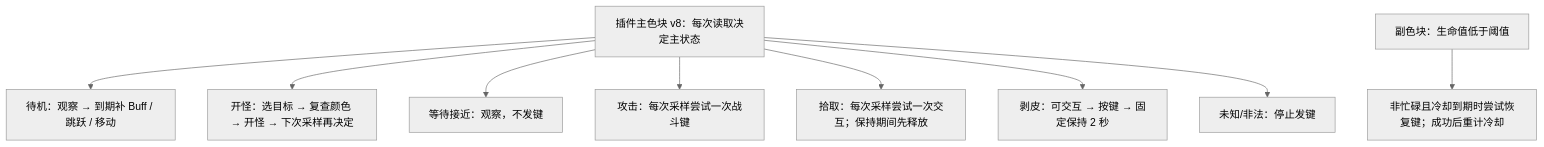
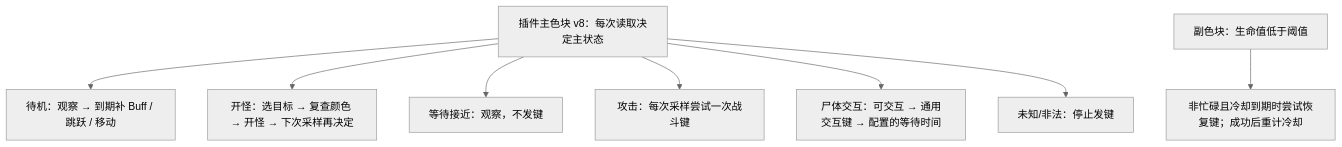
One commit to tfewfew/wow_tools changed the diagram in tools/wowAuto/README.md. Above: the diagram before and after it, drawn with Mermaid (neutral theme). The commit also changed other lines of this file and 15 other files, not shown here.

````diff
--- a/tools/wowAuto/README.md
+++ b/tools/wowAuto/README.md
@@ -295,12 +295,11 @@
 ```mermaid
 flowchart TD
     P["插件主色块 v8：每次读取决定主状态"]
     P --> I["待机：观察 → 到期补 Buff / 跳跃 / 移动"]
     P --> O["开怪：选目标 → 复查颜色 → 开怪 → 下次采样再决定"]
     P --> W["等待接近：观察，不发键"]
     P --> C["攻击：每次采样尝试一次战斗键"]
-    P --> L["拾取：每次采样尝试一次交互；保持期间先释放"]
-    P --> S["剥皮：可交互 → 按键 → 固定保持 2 秒"]
+    P --> L["尸体交互：可交互 → 通用交互键 → 配置的等待时间"]
     P --> U["未知/非法：停止发键"]
     R["副色块：生命值低于阈值"] --> K["非忙碌且冷却到期时尝试恢复键；成功后重计冷却"]
 ```
````
